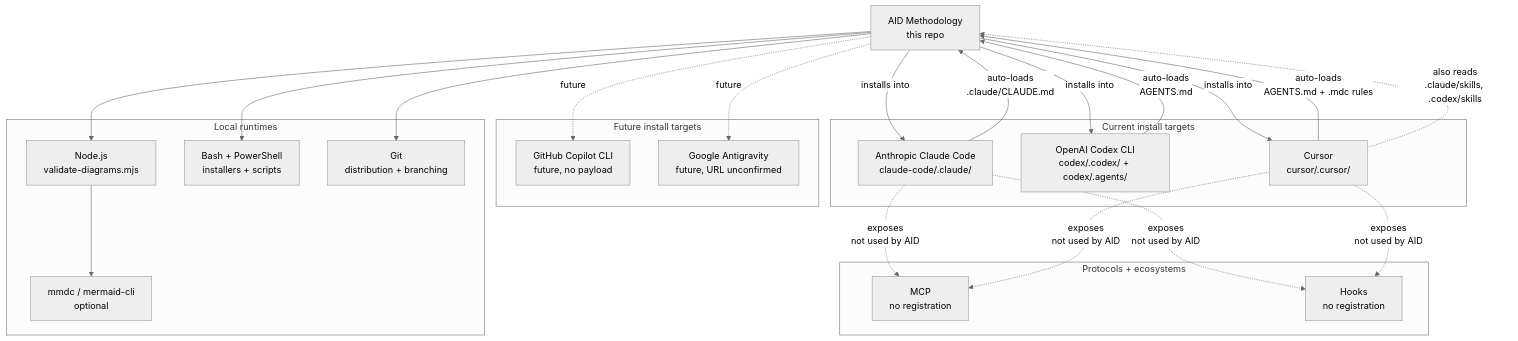
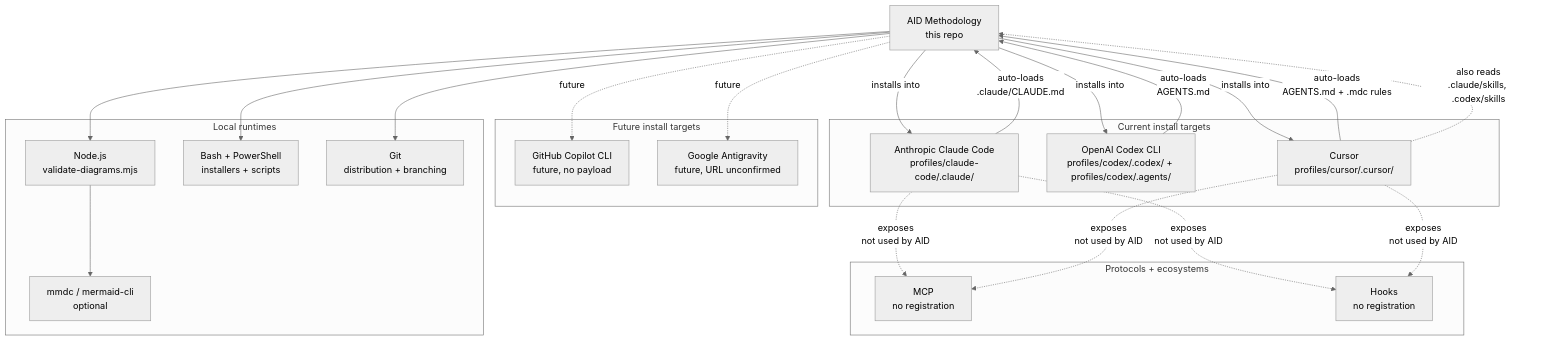
One commit to AndreVianna/aid-methodology changed the diagram in .aid/knowledge/integration-map.md. Above: the diagram before and after it, drawn with Mermaid (neutral theme). The commit also changed other lines of this file and 383 other files, not shown here.

````diff
--- a/.aid/knowledge/integration-map.md
+++ b/.aid/knowledge/integration-map.md
@@ -193,48 +193,48 @@
 ```mermaid
 graph TB
     AID[AID Methodology<br/>this repo]
 
     subgraph current["Current install targets"]
-        CC[Anthropic Claude Code<br/>claude-code/.claude/]
-        CDX[OpenAI Codex CLI<br/>codex/.codex/ + codex/.agents/]
-        CUR[Cursor<br/>cursor/.cursor/]
+        CC[Anthropic Claude Code<br/>profiles/claude-code/.claude/]
+        CDX[OpenAI Codex CLI<br/>profiles/codex/.codex/ + profiles/codex/.agents/]
+        CUR[Cursor<br/>profiles/cursor/.cursor/]
     end
 
     subgraph future["Future install targets"]
         GHC[GitHub Copilot CLI<br/>future, no payload]
         GAG[Google Antigravity<br/>future, URL unconfirmed]
     end
 
     subgraph runtimes["Local runtimes"]
         NODE[Node.js<br/>validate-diagrams.mjs]
         MMDC[mmdc / mermaid-cli<br/>optional]
         BASH[Bash + PowerShell<br/>installers + scripts]
         GIT[Git<br/>distribution + branching]
     end
 
     subgraph protocols["Protocols + ecosystems"]
         MCP[MCP<br/>no registration]
         HOOK[Hooks<br/>no registration]
     end
 
     AID -- "installs into" --> CC
     AID -- "installs into" --> CDX
     AID -- "installs into" --> CUR
     AID -. "future" .-> GHC
     AID -. "future" .-> GAG
 
     CC -- "auto-loads<br/>.claude/CLAUDE.md" --> AID
     CDX -- "auto-loads<br/>AGENTS.md" --> AID
     CUR -- "auto-loads<br/>AGENTS.md + .mdc rules" --> AID
     CUR -. "also reads<br/>.claude/skills, .codex/skills" .-> AID
 
     AID --> NODE
     NODE --> MMDC
     AID --> BASH
     AID --> GIT
 
     CC -. "exposes<br/>not used by AID" .-> MCP
     CUR -. "exposes<br/>not used by AID" .-> MCP
     CC -. "exposes<br/>not used by AID" .-> HOOK
     CUR -. "exposes<br/>not used by AID" .-> HOOK
 ```
````
